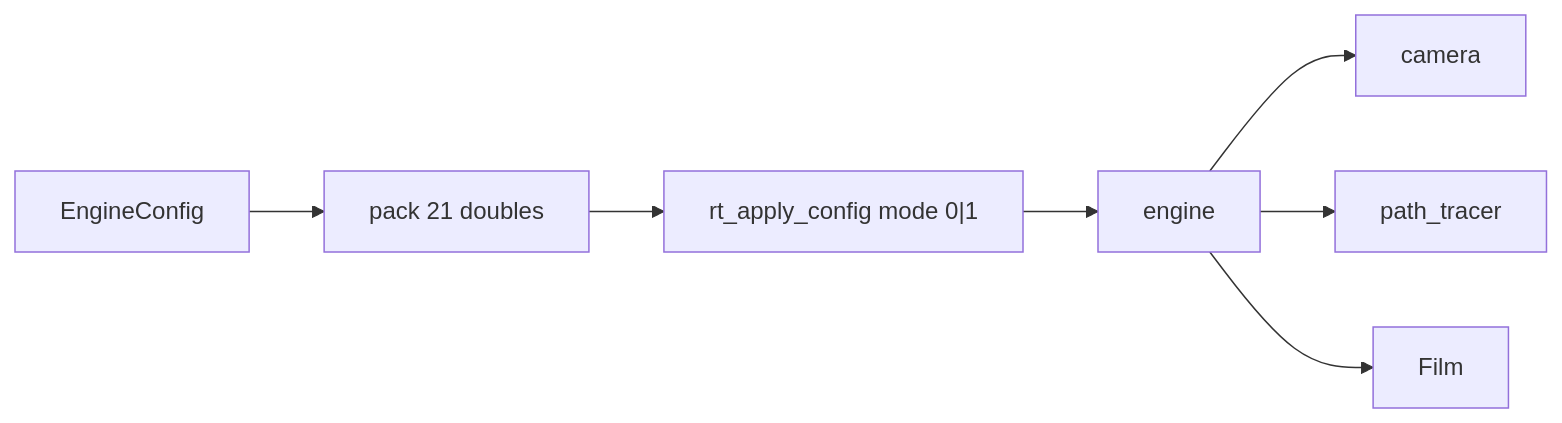
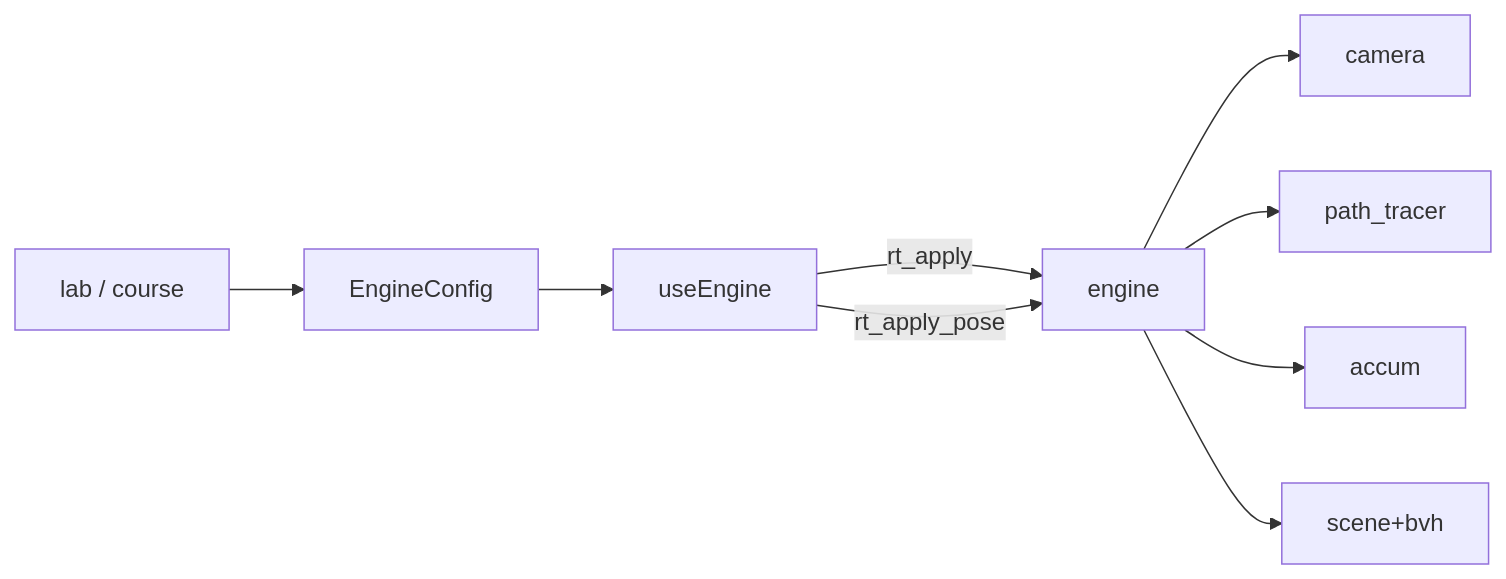
The diagram in docs/ARCHITECTURE.md (xiaoqianran/cpp-002), drawn with Mermaid before and after one commit. The commit also changed other lines of this file and 26 other files, not shown here.

````diff
--- a/docs/ARCHITECTURE.md
+++ b/docs/ARCHITECTURE.md
@@ -20,9 +7,11 @@
 ```mermaid
 flowchart LR
-  Cfg["EngineConfig"] --> Pack["pack 21 doubles"]
-  Pack --> WASM["rt_apply_config mode 0|1"]
-  WASM --> Eng["engine"]
-  Eng --> Cam["camera"]
-  Eng --> PT["path_tracer"]
-  Eng --> Film
+  UI[lab / course] --> Cfg[EngineConfig]
+  Cfg --> Hook[useEngine]
+  Hook -->|rt_apply| E[engine]
+  Hook -->|rt_apply_pose| E
+  E --> Cam[camera]
+  E --> PT[path_tracer]
+  E --> Film[accum]
+  E --> Sc[scene+bvh]
 ```
````
